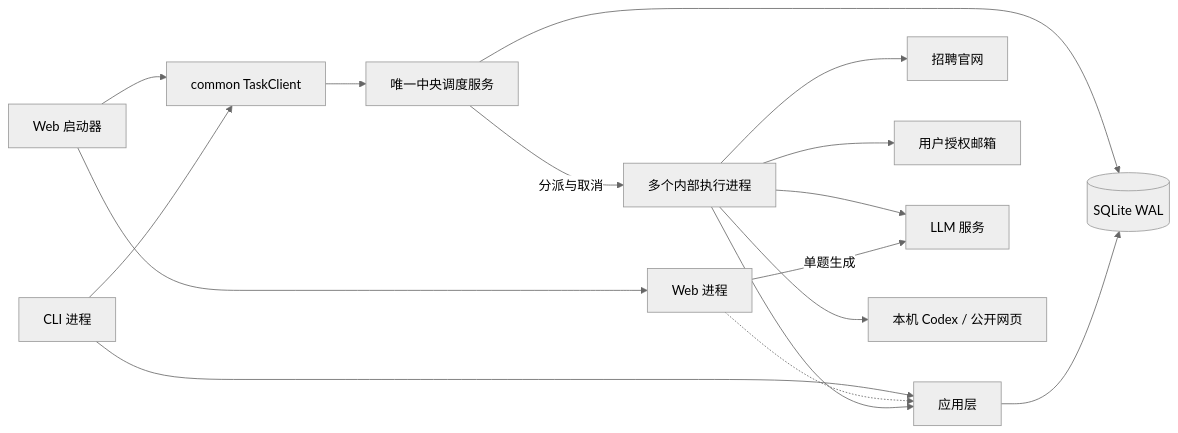
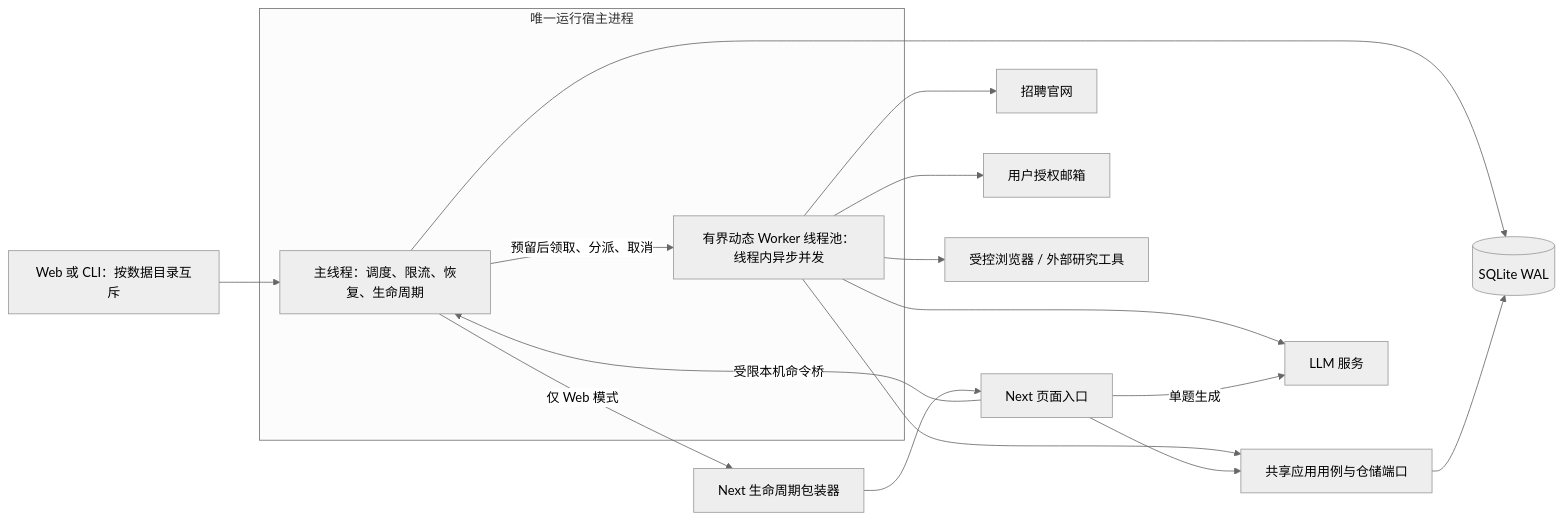
One commit to MonarchMan/JobHunter changed the third of 9 diagrams in docs/arch/overall-arch.md. Above: the diagram before and after it, drawn with Mermaid (neutral theme). The commit also changed other lines of this file and 86 other files, not shown here.

````diff
--- a/docs/arch/overall-arch.md
+++ b/docs/arch/overall-arch.md
@@ -299,18 +299,21 @@
 ```mermaid
 flowchart LR
-    CLI["CLI 进程"] --> APP["应用层"]
-    LAUNCHER["Web 启动器"] --> WEB["Web 进程"]
-    LAUNCHER --> CLIENT["common TaskClient"]
-    CLIENT --> SCHEDULER["唯一中央调度服务"]
-    SCHEDULER -->|分派与取消| WORKER
-    WEB -.-> APP
-    WORKER["多个内部执行进程"] --> APP
-    CLI --> CLIENT
-    SCHEDULER --> DB
-    APP --> DB[("SQLite WAL")]
-    WORKER --> SITE["招聘官网"]
-    WORKER --> MAILBOX["用户授权邮箱"]
-    WORKER --> MODEL["LLM 服务"]
+    ENTRY["Web 或 CLI：按数据目录互斥"] --> MAIN
+    subgraph HOST["唯一运行宿主进程"]
+      MAIN["主线程：调度、限流、恢复、生命周期"]
+      POOL["有界动态 Worker 线程池：线程内异步并发"]
+      MAIN -->|预留后领取、分派、取消| POOL
+    end
+    MAIN -->|仅 Web 模式| LIFETIME["Next 生命周期包装器"]
+    LIFETIME --> WEB["Next 页面入口"]
+    WEB -->|受限本机命令桥| MAIN
+    POOL --> APP["共享应用用例与仓储端口"]
+    WEB --> APP
+    MAIN --> DB[("SQLite WAL")]
+    APP --> DB
+    POOL --> SITE["招聘官网"]
+    POOL --> MAILBOX["用户授权邮箱"]
+    POOL --> MODEL["LLM 服务"]
     WEB -->|单题生成| MODEL
-    WORKER --> RESEARCH["本机 Codex / 公开网页"]
+    POOL --> RESEARCH["受控浏览器 / 外部研究工具"]
 ```
````
